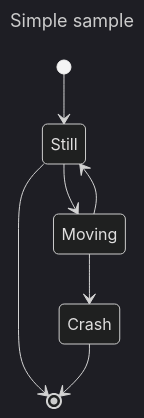
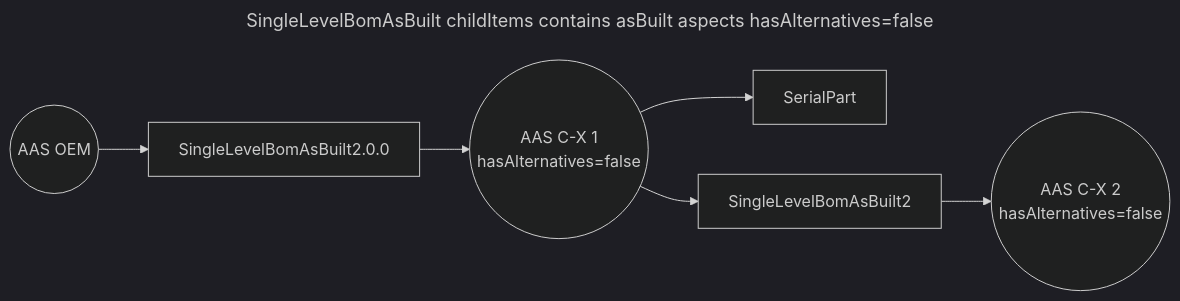
Before and after one commit to eclipse-tractusx/item-relationship-service: the first of 3 diagrams in docs/concept/#212-Update-of-aspect-model-SingleLevelBomAsBuilt-2_0_0/#212-Update-SingleLevelBomAsBuilt-2-0-0.md, drawn with Mermaid. The commit also changed other lines of this file, not shown here.

`````diff
--- a/docs/concept/#212-Update-of-aspect-model-SingleLevelBomAsBuilt-2_0_0/#212-Update-SingleLevelBomAsBuilt-2-0-0.md
+++ b/docs/concept/#212-Update-of-aspect-model-SingleLevelBomAsBuilt-2_0_0/#212-Update-SingleLevelBomAsBuilt-2-0-0.md
@@ -40,15 +64,20 @@
-```mermaid
+````mermaid
 ---
-title: Simple sample
+title: SingleLevelBomAsBuilt childItems contains asBuilt aspects hasAlternatives=false 
 ---
 %%{init: { 'fontFamily': 'Architects daughter', 'theme': 'dark' , 'curve' : 'linear'} }%%
-stateDiagram-v2
-[*] --> Still
-Still --> [*]
+flowchart LR
+    
+    s1((AAS C-X 1 
+    hasAlternatives=false))
+    SingleLevelBomAsBuilt[SingleLevelBomAsBuilt2.0.0]
+    
+    
+aas((AAS OEM)) --> 
+SingleLevelBomAsBuilt --> s1
+s1 --> SerialPart
+s1 --> SingleLevelBomAsBuilt2
+SingleLevelBomAsBuilt2 --> s4((AAS C-X 2
+hasAlternatives=false))
 
-    Still --> Moving
-    Moving --> Still
-    Moving --> Crash
-    Crash --> [*]
-
-```
+````
`````
